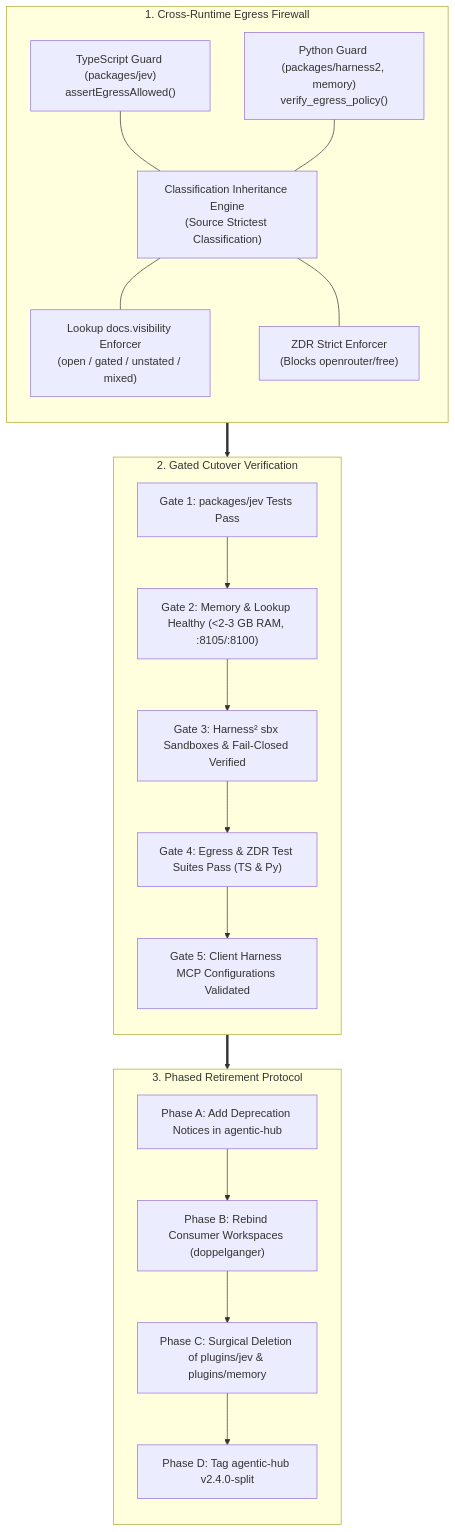
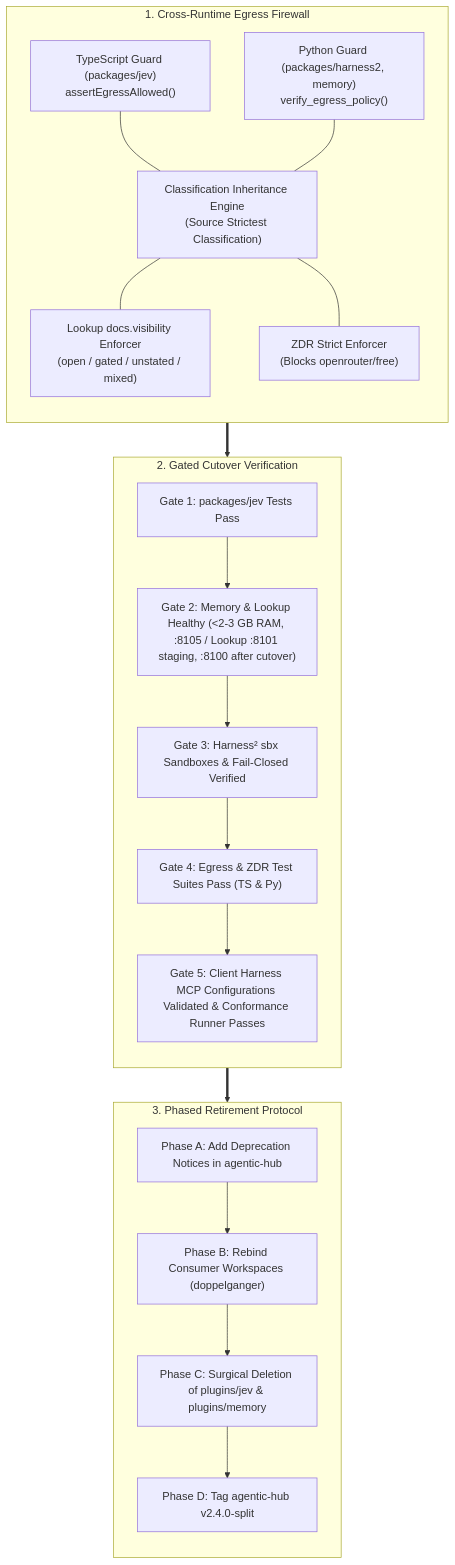
The diagram in docs/rfc/005-egress-retirement.md (rockad/cognitive-engine), drawn with Mermaid before and after one commit. The commit also changed other lines of this file and 4 other files, not shown here.

````diff
--- a/docs/rfc/005-egress-retirement.md
+++ b/docs/rfc/005-egress-retirement.md
@@ -25,41 +25,41 @@
 ```mermaid
 flowchart TD
     subgraph EgressFirewall ["1. Cross-Runtime Egress Firewall"]
         direction TB
         EgressTS["TypeScript Guard (packages/jev)<br/>assertEgressAllowed()"]
         EgressPY["Python Guard (packages/harness2, memory)<br/>verify_egress_policy()"]
         
         ClassInherit["Classification Inheritance Engine<br/>(Source Strictest Classification)"]
         LookupVis["Lookup docs.visibility Enforcer<br/>(open / gated / unstated / mixed)"]
         ZDRGate["ZDR Strict Enforcer<br/>(Blocks openrouter/free)"]
         
         EgressTS --- ClassInherit
         EgressPY --- ClassInherit
         ClassInherit --- LookupVis
         ClassInherit --- ZDRGate
     end
 
     subgraph VerificationGates ["2. Gated Cutover Verification"]
         direction TB
         GateJev["Gate 1: packages/jev Tests Pass"]
-        GateMem["Gate 2: Memory & Lookup Healthy (<2-3 GB RAM, :8105/:8100)"]
+        GateMem["Gate 2: Memory & Lookup Healthy (<2-3 GB RAM, :8105 / Lookup :8101 staging, :8100 after cutover)"]
         GateH2["Gate 3: Harness² sbx Sandboxes & Fail-Closed Verified"]
         GateEgress["Gate 4: Egress & ZDR Test Suites Pass (TS & Py)"]
-        GateConfig["Gate 5: Client Harness MCP Configurations Validated"]
+        GateConfig["Gate 5: Client Harness MCP Configurations Validated & Conformance Runner Passes"]
         
         GateJev --> GateMem --> GateH2 --> GateEgress --> GateConfig
     end
 
     subgraph RetirementSequence ["3. Phased Retirement Protocol"]
         direction TB
         PhaseFreeze["Phase A: Add Deprecation Notices in agentic-hub"]
         PhaseRebind["Phase B: Rebind Consumer Workspaces (doppelganger)"]
         PhaseRetire["Phase C: Surgical Deletion of plugins/jev & plugins/memory"]
         PhaseTag["Phase D: Tag agentic-hub v2.4.0-split"]
         
         PhaseFreeze --> PhaseRebind --> PhaseRetire --> PhaseTag
     end
 
     EgressFirewall ==> VerificationGates
     VerificationGates ==> RetirementSequence
 ```
````
